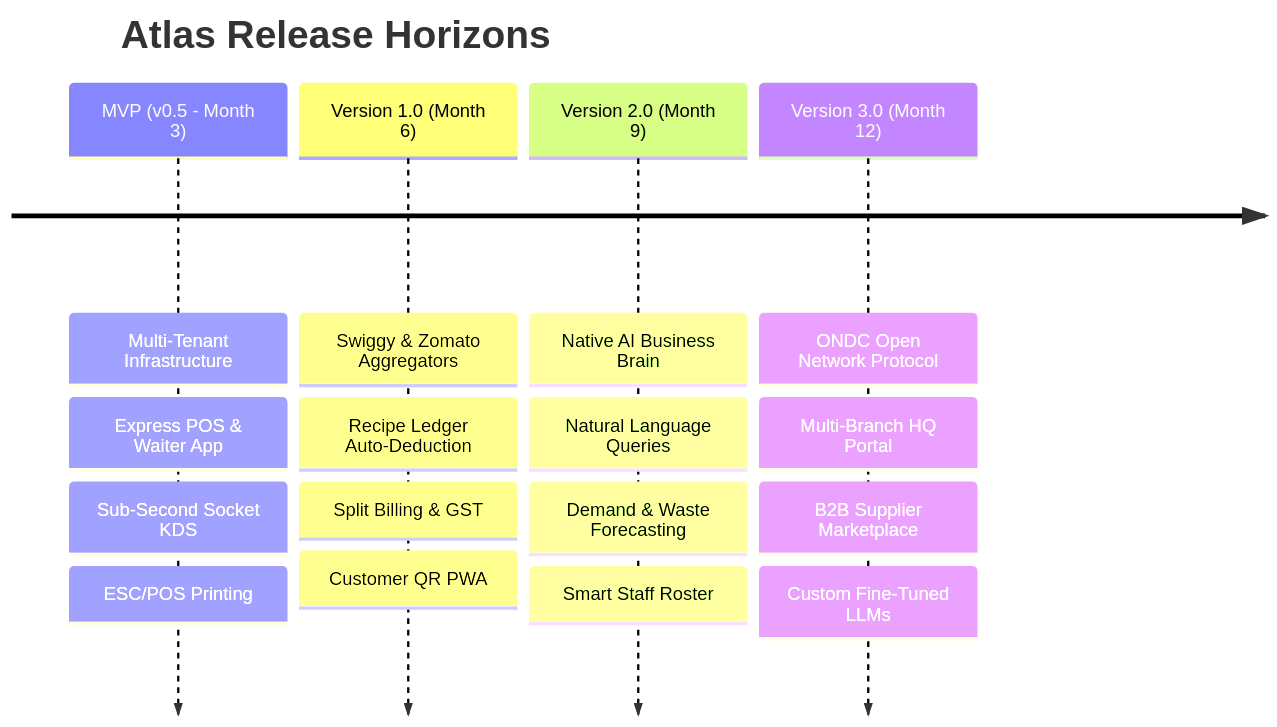
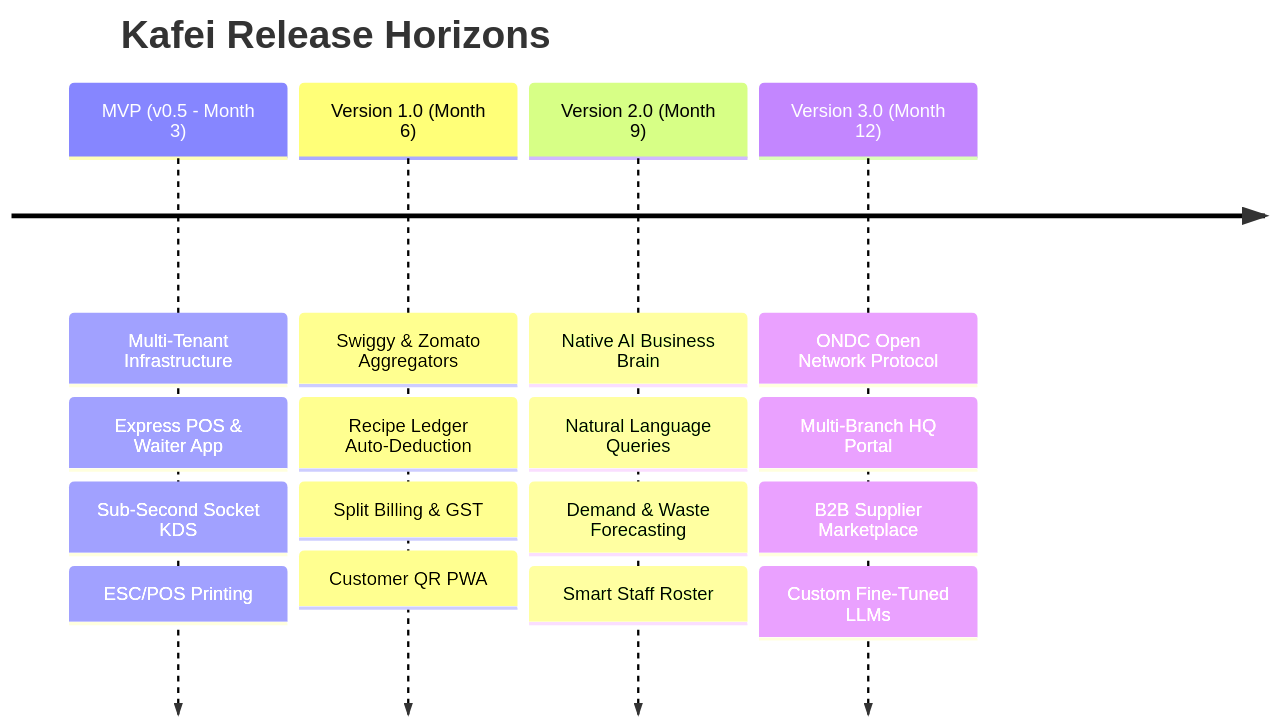
Before and after one commit to Mukherjee-Rik/ProjectAtlas: the second of 2 diagrams in README.md, drawn with Mermaid. The commit also changed other lines of this file and 317 other files, not shown here.

````diff
--- a/README.md
+++ b/README.md
@@ -195,8 +195,8 @@
 ```mermaid
 timeline
-    title Atlas Release Horizons
+    title Kafei Release Horizons
     MVP (v0.5 - Month 3) : Multi-Tenant Infrastructure : Express POS & Waiter App : Sub-Second Socket KDS : ESC/POS Printing
     Version 1.0 (Month 6) : Swiggy & Zomato Aggregators : Recipe Ledger Auto-Deduction : Split Billing & GST : Customer QR PWA
     Version 2.0 (Month 9) : Native AI Business Brain : Natural Language Queries : Demand & Waste Forecasting : Smart Staff Roster
     Version 3.0 (Month 12) : ONDC Open Network Protocol : Multi-Branch HQ Portal : B2B Supplier Marketplace : Custom Fine-Tuned LLMs
 ```
````
